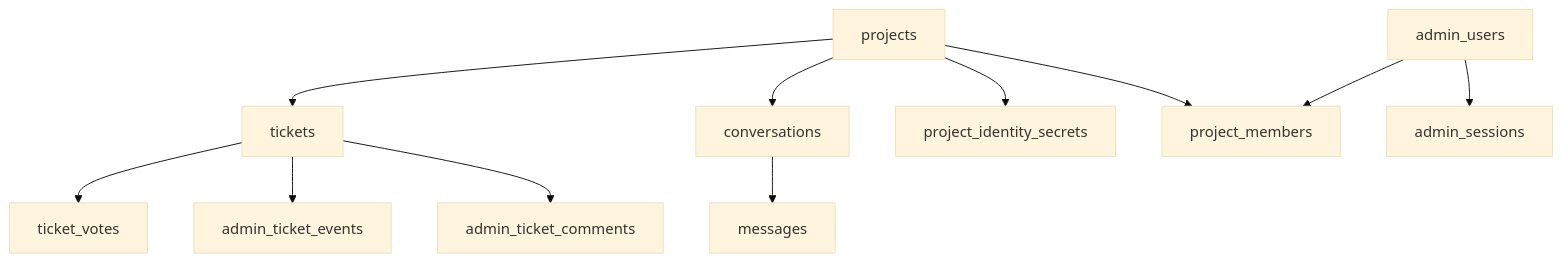
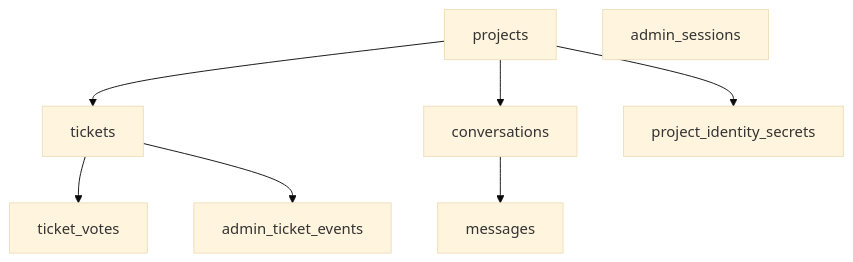
Before and after one commit to Wifsimster/koe: the diagram in docs/schema-base-donnees.md, drawn with Mermaid (base theme). The commit also changed other lines of this file and 4 other files, not shown here.

````diff
--- a/docs/schema-base-donnees.md
+++ b/docs/schema-base-donnees.md
@@ -15,13 +15,10 @@
 ```mermaid
 graph TD
     P[projects] --> T[tickets]
     T --> V[ticket_votes]
     T --> AE[admin_ticket_events]
-    T --> AC[admin_ticket_comments]
     P --> C[conversations]
     C --> M[messages]
     P --> PIS[project_identity_secrets]
-    P --> PM[project_members]
-    AU[admin_users] --> PM
-    AU --> AS[admin_sessions]
+    AS[admin_sessions]
 ```
````
